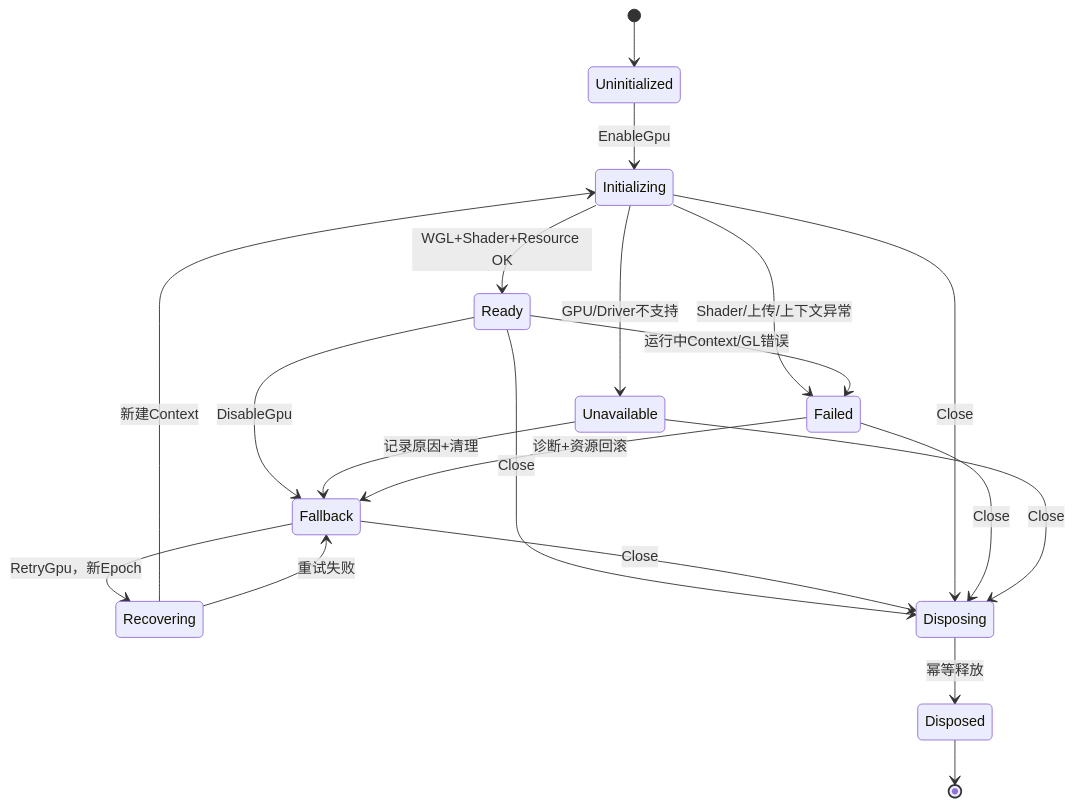
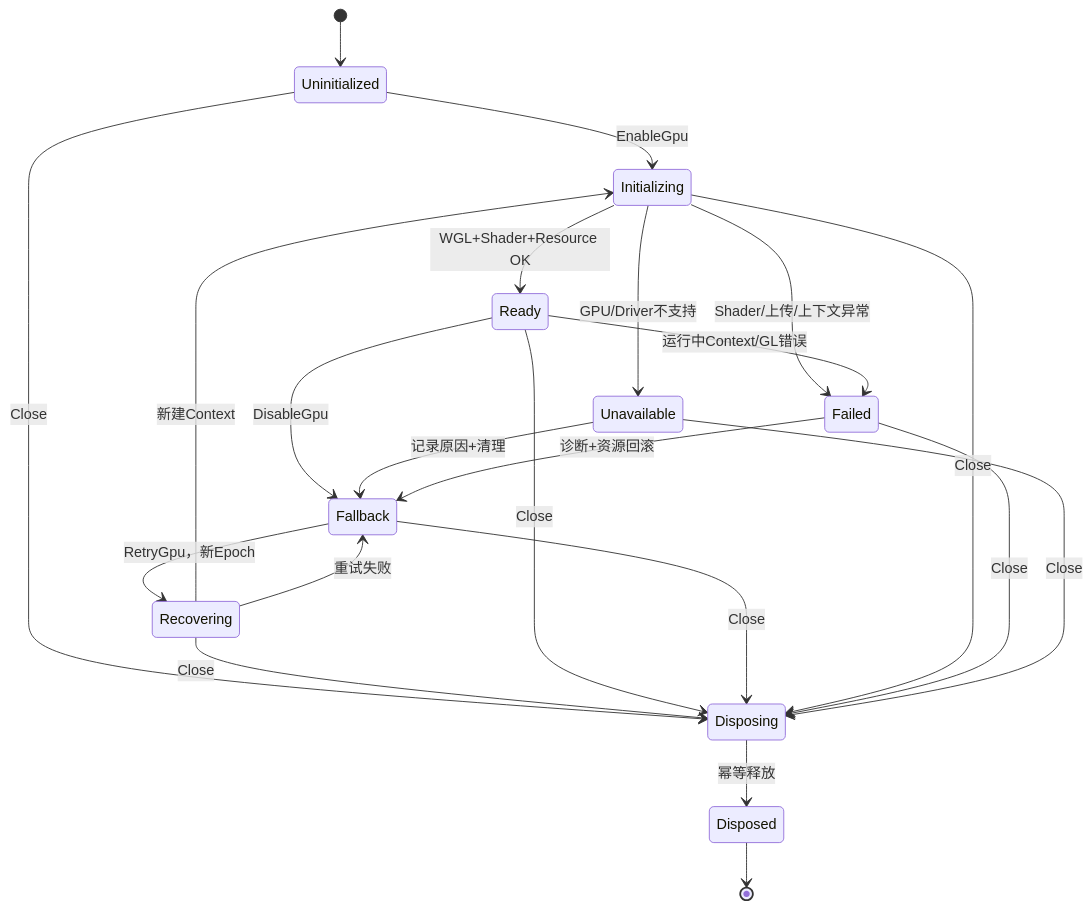
One commit to oudream/cx-visual-x3 changed diagram 11 of 25 in DOCS/Architecture/CxVisual_专业视觉体系#通用三维视觉工作台——整体架构与UML_V2.0.md. Above: the diagram before and after it, drawn with Mermaid. The commit also changed other lines of this file and 1 other file, not shown here.

````diff
--- a/DOCS/Architecture/CxVisual_专业视觉体系#通用三维视觉工作台——整体架构与UML_V2.0.md
+++ b/DOCS/Architecture/CxVisual_专业视觉体系#通用三维视觉工作台——整体架构与UML_V2.0.md
@@ -498,22 +537,24 @@
 ```mermaid
 stateDiagram-v2
   [*] --> Uninitialized
   Uninitialized --> Initializing : EnableGpu
   Initializing --> Ready : WGL+Shader+Resource OK
   Initializing --> Unavailable : GPU/Driver不支持
   Initializing --> Failed : Shader/上传/上下文异常
   Ready --> Failed : 运行中Context/GL错误
   Ready --> Fallback : DisableGpu
   Unavailable --> Fallback : 记录原因+清理
   Failed --> Fallback : 诊断+资源回滚
   Fallback --> Recovering : RetryGpu，新Epoch
   Recovering --> Initializing : 新建Context
   Recovering --> Fallback : 重试失败
-  Ready --> Disposing : Close
+   Uninitialized --> Disposing : Close
+   Recovering --> Disposing : Close
+   Ready --> Disposing : Close
   Fallback --> Disposing : Close
   Initializing --> Disposing : Close
   Failed --> Disposing : Close
   Unavailable --> Disposing : Close
   Disposing --> Disposed : 幂等释放
   Disposed --> [*]
 ```
````
